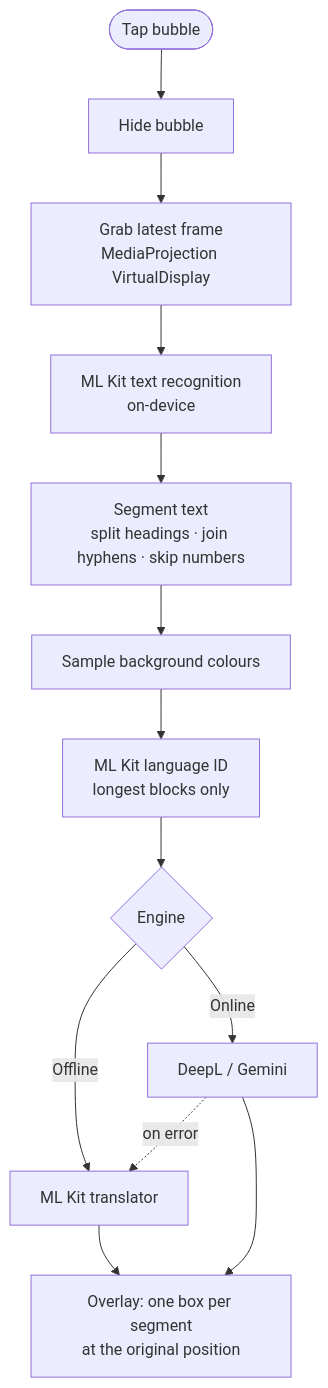
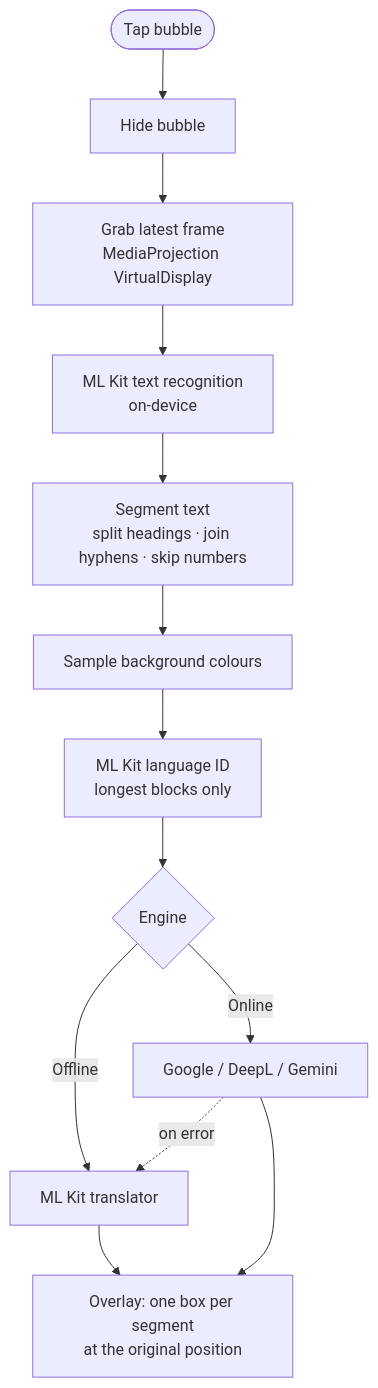
One commit to Hafij-DEU/live-translate changed the diagram in README.md. Above: the diagram before and after it, drawn with Mermaid. The commit also changed other lines of this file and 6 other files, not shown here.

````diff
--- a/README.md
+++ b/README.md
@@ -195,15 +204,15 @@
 ```mermaid
 flowchart TD
     A([Tap bubble]) --> B[Hide bubble]
     B --> C[Grab latest frame<br/>MediaProjection VirtualDisplay]
     C --> D[ML Kit text recognition<br/>on-device]
     D --> E[Segment text<br/>split headings · join hyphens · skip numbers]
     E --> F[Sample background colours]
     F --> G[ML Kit language ID<br/>longest blocks only]
     G --> H{Engine}
     H -->|Offline| I[ML Kit translator]
-    H -->|Online| J[DeepL / Gemini]
+    H -->|Online| J[Google / DeepL / Gemini]
     J -. on error .-> I
     I --> K[Overlay: one box per segment<br/>at the original position]
     J --> K
 ```
````
